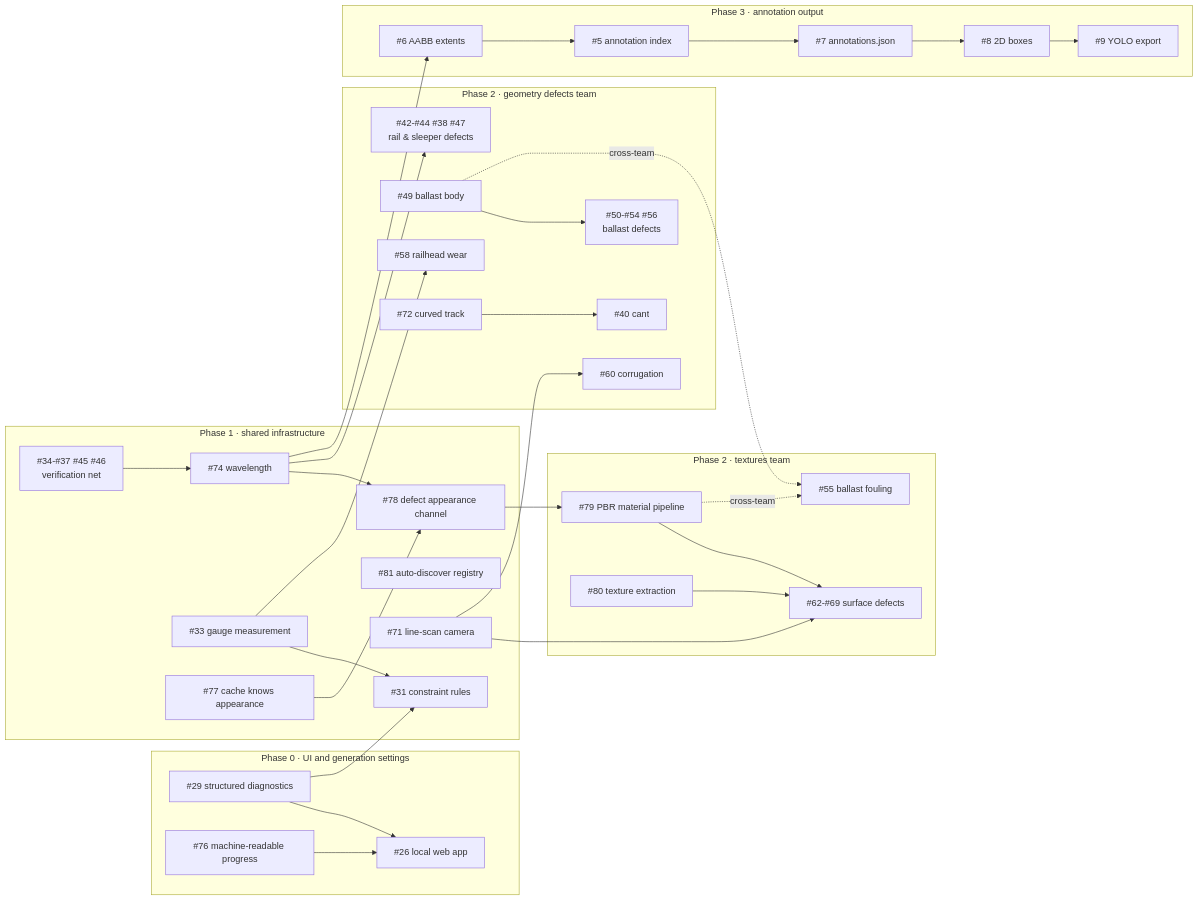
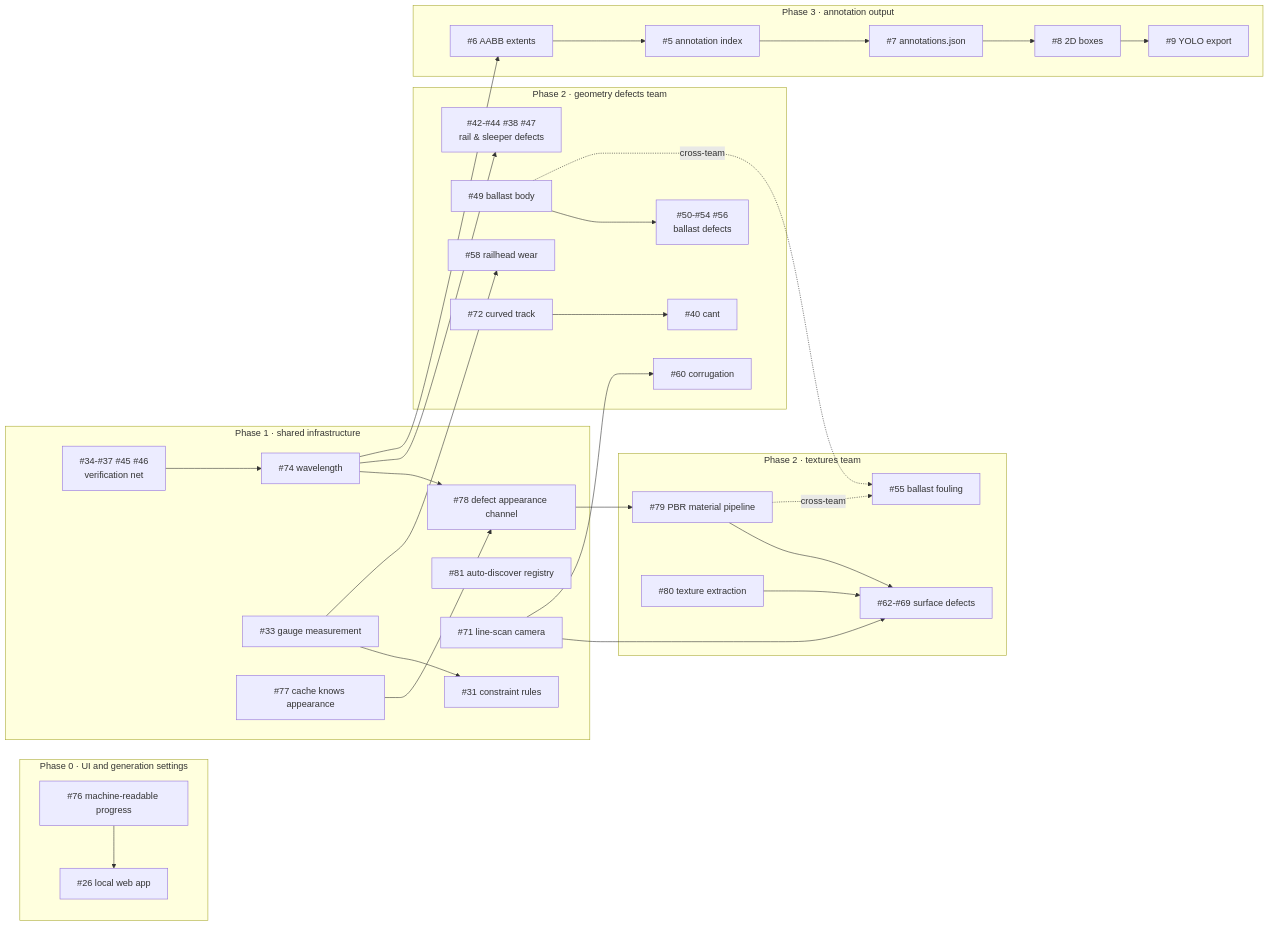
Before and after one commit to ikostis-ucl/rail_defect_sim: the diagram in ROADMAP.md, drawn with Mermaid. The commit also changed other lines of this file, not shown here.

First line of the commit message:
docs: #29 done, out of the roadmap graph

````diff
--- a/ROADMAP.md
+++ b/ROADMAP.md
@@ -42,68 +42,65 @@
 ```mermaid
 graph LR
   subgraph P0["Phase 0 · UI and generation settings"]
-    I29["#29 structured diagnostics"]
     I76["#76 machine-readable progress"]
     I26["#26 local web app"]
   end
 
   subgraph P1["Phase 1 · shared infrastructure"]
     VER["#34-#37 #45 #46<br>verification net"]
     I74["#74 wavelength"]
     I33["#33 gauge measurement"]
     I77["#77 cache knows appearance"]
     I78["#78 defect appearance channel"]
     I81["#81 auto-discover registry"]
     I71["#71 line-scan camera"]
     I31["#31 constraint rules"]
   end
 
   subgraph P2T["Phase 2 · textures team"]
     I79["#79 PBR material pipeline"]
     I80["#80 texture extraction"]
     GE["#62-#69 surface defects"]
     I55["#55 ballast fouling"]
   end
 
   subgraph P2G["Phase 2 · geometry defects team"]
     NEWD["#42-#44 #38 #47<br>rail &amp; sleeper defects"]
     I49["#49 ballast body"]
     GC["#50-#54 #56<br>ballast defects"]
     I58["#58 railhead wear"]
     I72["#72 curved track"]
     I40["#40 cant"]
     I60["#60 corrugation"]
   end
 
   subgraph P3["Phase 3 · annotation output"]
     I6["#6 AABB extents"]
     I5["#5 annotation index"]
     I7["#7 annotations.json"]
     I8["#8 2D boxes"]
     I9["#9 YOLO export"]
   end
 
-  I29 --> I26
   I76 --> I26
-  I29 --> I31
   VER --> I74
   I33 --> I31
   I74 --> I78
   I77 --> I78
   I74 --> NEWD
   I78 --> I79
   I79 --> GE
   I80 --> GE
   I71 --> GE
   I71 --> I60
   I33 --> I58
   I49 --> GC
   I72 --> I40
   I74 --> I6
   I6 --> I5
   I5 --> I7
   I7 --> I8
   I8 --> I9
   I49 -.->|cross-team| I55
   I79 -.->|cross-team| I55
 ```
````
